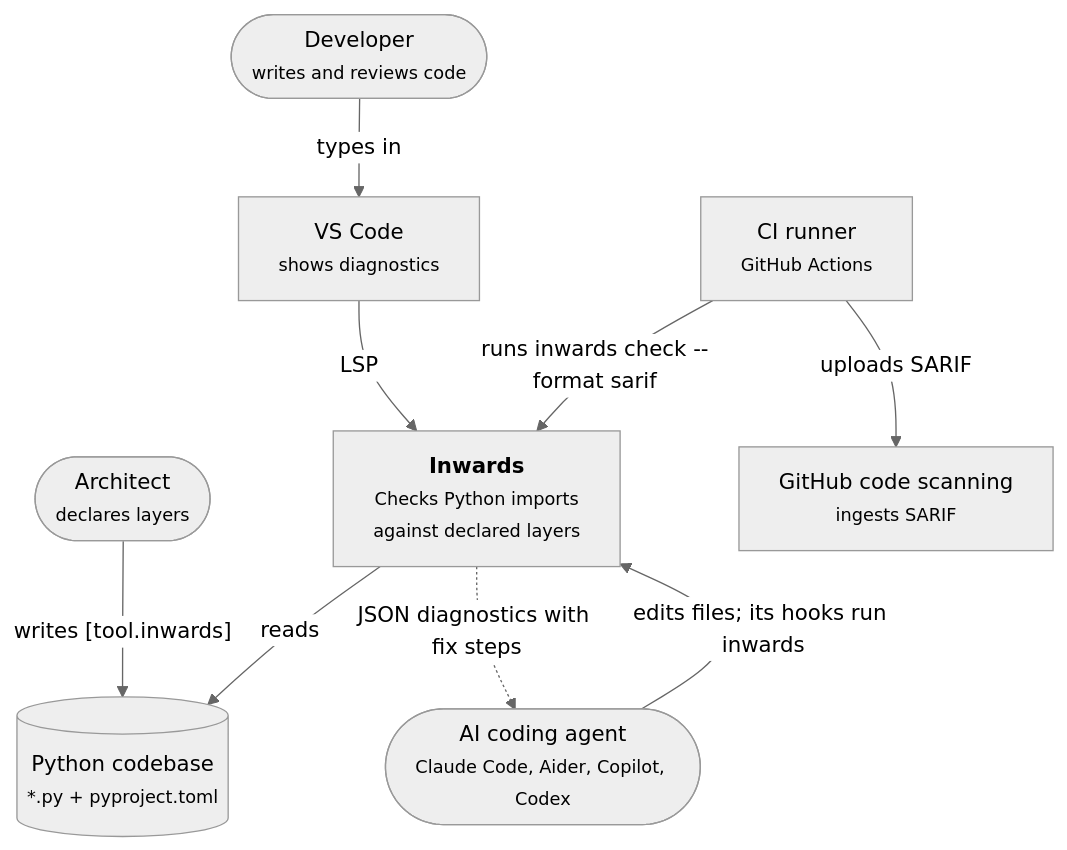
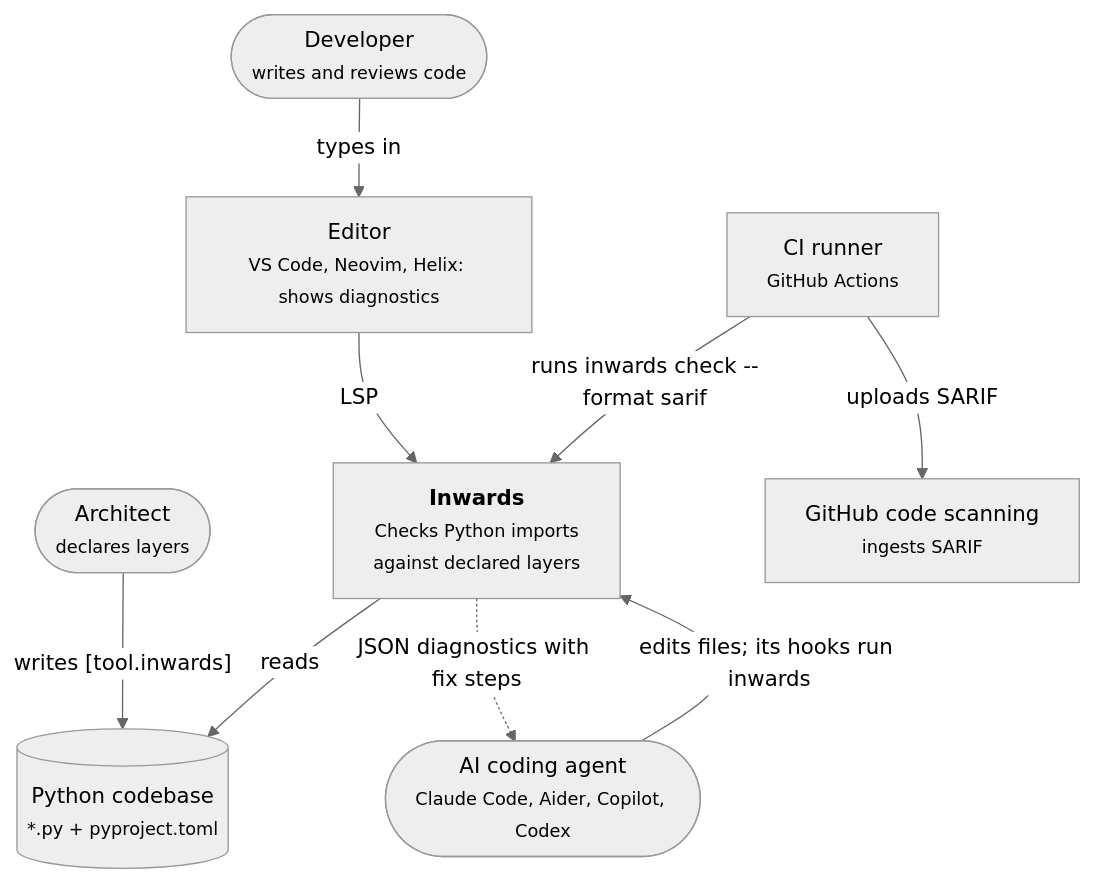
The first of 6 diagrams in docs/chapters/03-Architecture-C4.md (SirCypkowskyy/inwards), drawn with Mermaid (neutral theme) before and after one commit. The commit also changed other lines of this file and 33 other files, not shown here.

````diff
--- a/docs/chapters/03-Architecture-C4.md
+++ b/docs/chapters/03-Architecture-C4.md
@@ -12,23 +12,23 @@
 ```mermaid
 flowchart TB
     architect(["Architect<br/><small>declares layers</small>"])
     dev(["Developer<br/><small>writes and reviews code</small>"])
     agent(["AI coding agent<br/><small>Claude Code, Aider, Copilot, Codex</small>"])
 
     inwards["<b>Inwards</b><br/><small>Checks Python imports<br/>against declared layers</small>"]
 
     repo[("Python codebase<br/><small>*.py + pyproject.toml</small>")]
-    editor["VS Code<br/><small>shows diagnostics</small>"]
+    editor["Editor<br/><small>VS Code, Neovim, Helix: shows diagnostics</small>"]
     ci["CI runner<br/><small>GitHub Actions</small>"]
     scanning["GitHub code scanning<br/><small>ingests SARIF</small>"]
 
     architect -- "writes [tool.inwards]" --> repo
     agent -- "edits files; its hooks run inwards" --> inwards
     dev -- "types in" --> editor
     editor -- "LSP" --> inwards
     ci -- "runs inwards check --format sarif" --> inwards
     inwards -- "reads" --> repo
     ci -- "uploads SARIF" --> scanning
     inwards -. "JSON diagnostics with fix steps" .-> agent
 
 ```
````
